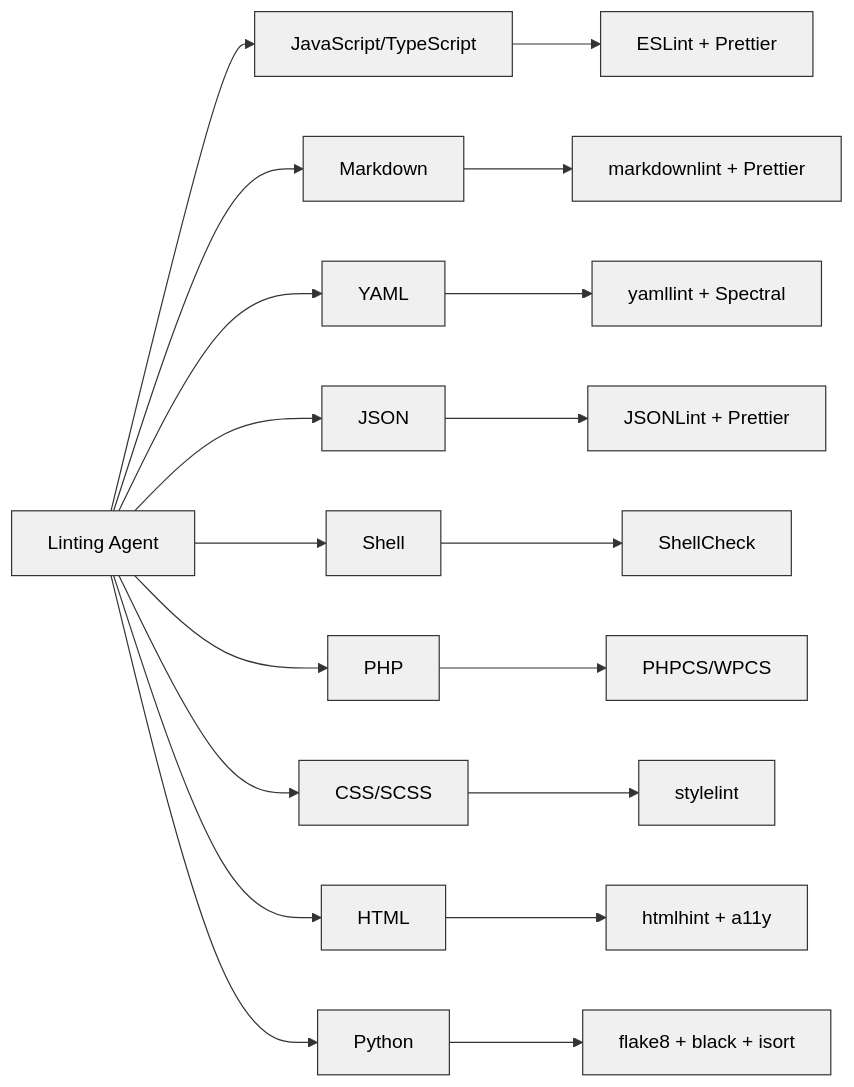
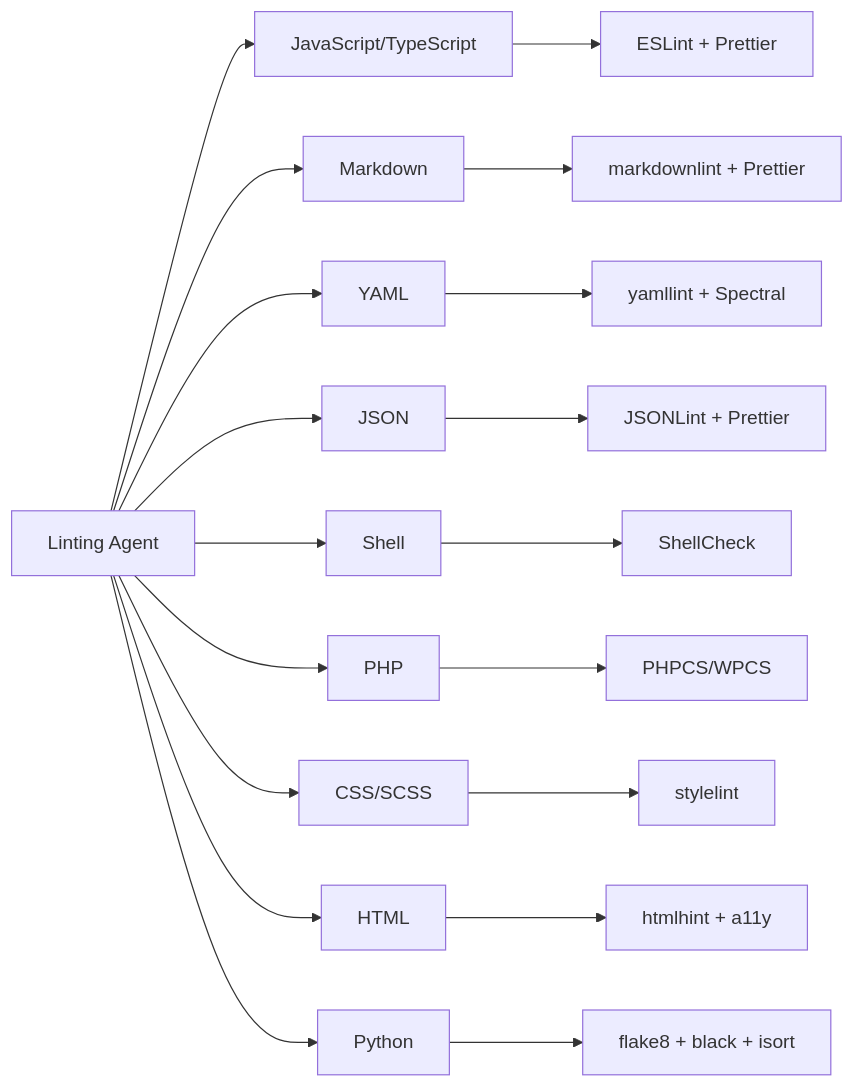
The second of 3 diagrams in .github/projects/active/linting-agent-2026-08-12/SPECIFICATION.md (lightspeedwp/.github), drawn with Mermaid before and after one commit. The commit also changed other lines of this file, not shown here.

First line of the commit message:
fix: Simplify Mermaid diagrams for validation compatibility

````diff
--- a/.github/projects/active/linting-agent-2026-08-12/SPECIFICATION.md
+++ b/.github/projects/active/linting-agent-2026-08-12/SPECIFICATION.md
@@ -107,23 +106,22 @@
 ```mermaid
-%%{init: {'flowchart': {'htmlLabels': true}, 'theme': 'base', 'themeVariables': { 'primaryColor':'#f0f0f0', 'primaryTextColor':'#000000', 'primaryBorderColor':'#333333', 'lineColor':'#333333', 'secondBkgColor':'#f0f0f0', 'secondTextColor':'#000000'}}}%%
 graph LR
-    A[Linting Agent] --> B[JavaScript/TypeScript]
-    A --> C[Markdown]
-    A --> D[YAML]
-    A --> E[JSON]
-    A --> F[Shell]
-    A --> G[PHP]
-    A --> H[CSS/SCSS]
-    A --> I[HTML]
-    A --> J[Python]
+    A["Linting Agent"] --> B["JavaScript/TypeScript"]
+    A --> C["Markdown"]
+    A --> D["YAML"]
+    A --> E["JSON"]
+    A --> F["Shell"]
+    A --> G["PHP"]
+    A --> H["CSS/SCSS"]
+    A --> I["HTML"]
+    A --> J["Python"]
 
     B --> B1["ESLint + Prettier"]
     C --> C1["markdownlint + Prettier"]
     D --> D1["yamllint + Spectral"]
     E --> E1["JSONLint + Prettier"]
     F --> F1["ShellCheck"]
     G --> G1["PHPCS/WPCS"]
     H --> H1["stylelint"]
     I --> I1["htmlhint + a11y"]
     J --> J1["flake8 + black + isort"]
 ```
````
